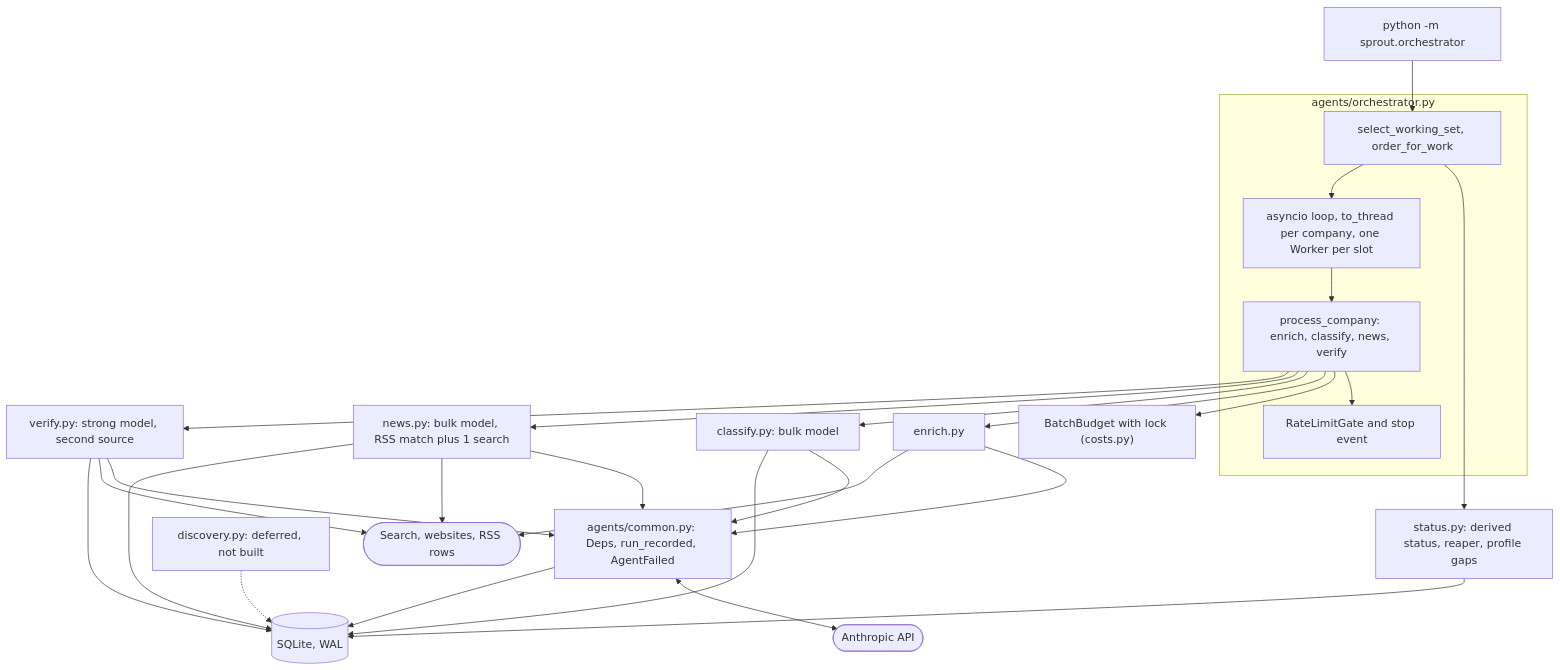
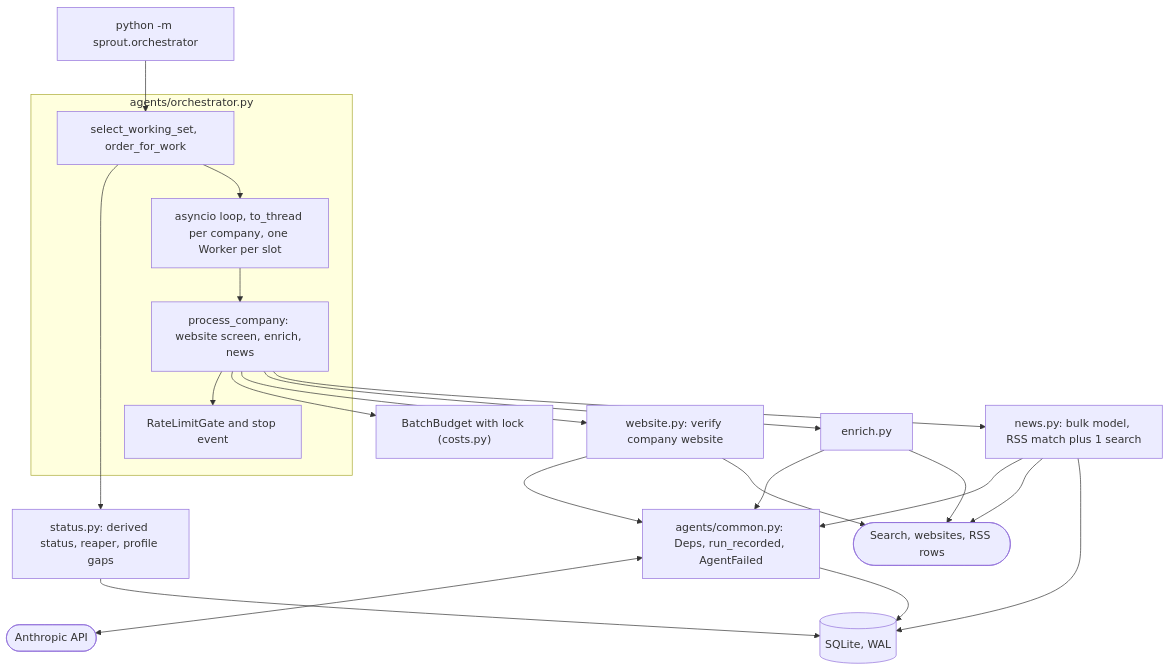
One commit to Farzaanee/sprout changed the first of 2 diagrams in docs/architecture/phases/phase-6-multi-agent.md. Above: the diagram before and after it, drawn with Mermaid. The commit also changed other lines of this file and 38 other files, not shown here.

````diff
--- a/docs/architecture/phases/phase-6-multi-agent.md
+++ b/docs/architecture/phases/phase-6-multi-agent.md
@@ -7,45 +7,38 @@
 ```mermaid
 flowchart TB
     CLI["python -m sprout.orchestrator"]
     subgraph ORCH["agents/orchestrator.py"]
         SEL["select_working_set, order_for_work"]
         POOL["asyncio loop, to_thread per company, one Worker per slot"]
-        PROC["process_company: enrich, classify, news, verify"]
+        PROC["process_company: website screen, enrich, news"]
         GATE["RateLimitGate and stop event"]
     end
     STATUS["status.py: derived status, reaper, profile gaps"]
     COMMON["agents/common.py: Deps, run_recorded, AgentFailed"]
+    WEBSITE["website.py: verify company website"]
     ENR["enrich.py"]
-    CLS["classify.py: bulk model"]
     NEWS["news.py: bulk model, RSS match plus 1 search"]
-    VER["verify.py: strong model, second source"]
-    DISC["discovery.py: deferred, not built"]
     LLM(["Anthropic API"])
     EXT(["Search, websites, RSS rows"])
     BATCH["BatchBudget with lock (costs.py)"]
     SQL[("SQLite, WAL")]
     CLI --> SEL
     SEL --> STATUS
     STATUS --> SQL
     SEL --> POOL
     POOL --> PROC
     PROC --> GATE
     PROC --> BATCH
+    PROC --> WEBSITE
     PROC --> ENR
-    PROC --> CLS
     PROC --> NEWS
-    PROC --> VER
+    WEBSITE --> COMMON
     ENR --> COMMON
-    CLS --> COMMON
     NEWS --> COMMON
-    VER --> COMMON
     COMMON <--> LLM
+    WEBSITE --> EXT
     ENR --> EXT
     NEWS --> EXT
-    VER --> EXT
     COMMON --> SQL
-    CLS --> SQL
     NEWS --> SQL
-    VER --> SQL
-    DISC -.-> SQL
 ```
````
